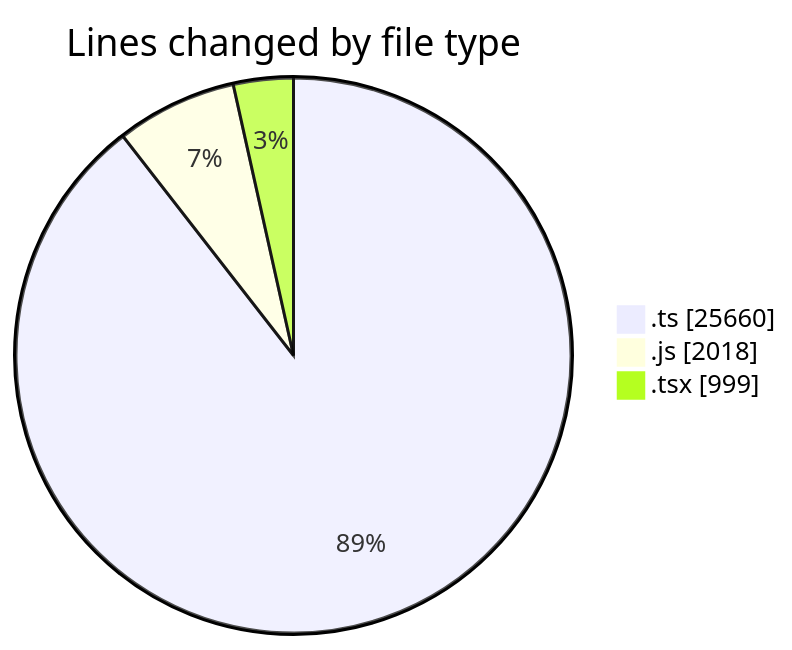
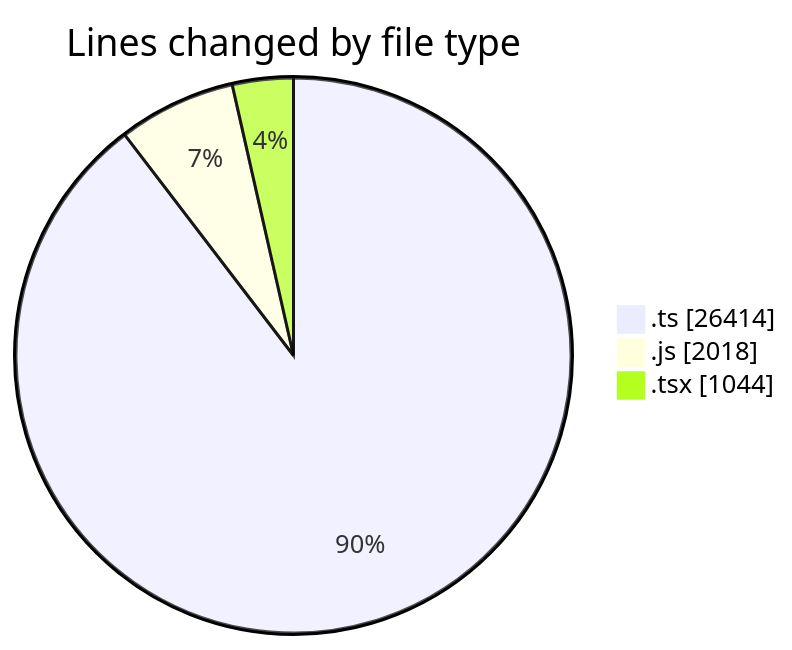
One commit to momahboobian/code-tracking changed the first of 2 diagrams in 2025-06-20/cda/README.md. Above: the diagram before and after it, drawn with Mermaid. The commit also changed other lines of this file and 1 other file, not shown here.

````diff
--- a/2025-06-20/cda/README.md
+++ b/2025-06-20/cda/README.md
@@ -43,7 +44,7 @@
 ```mermaid
 pie showData
 title Lines changed by file type
-".ts" : 25660
+".ts" : 26414
 ".js" : 2018
-".tsx" : 999
+".tsx" : 1044
 ```
````
